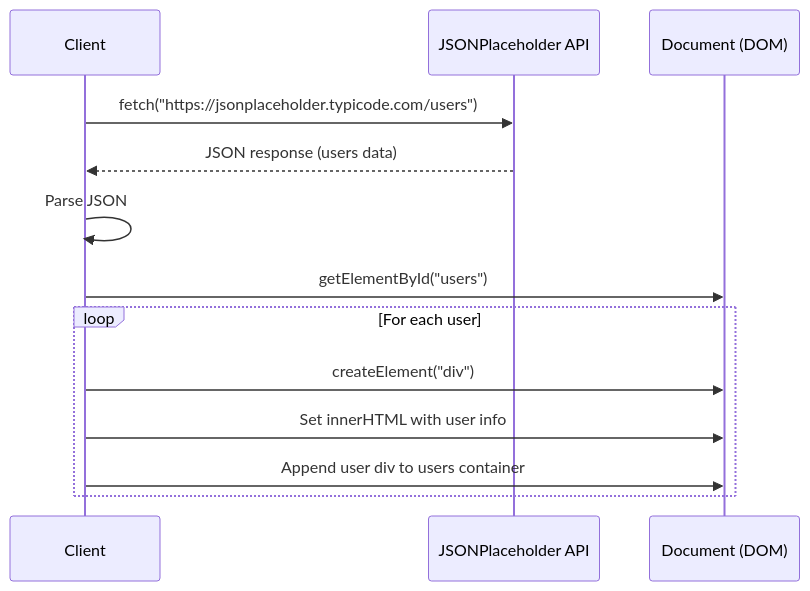
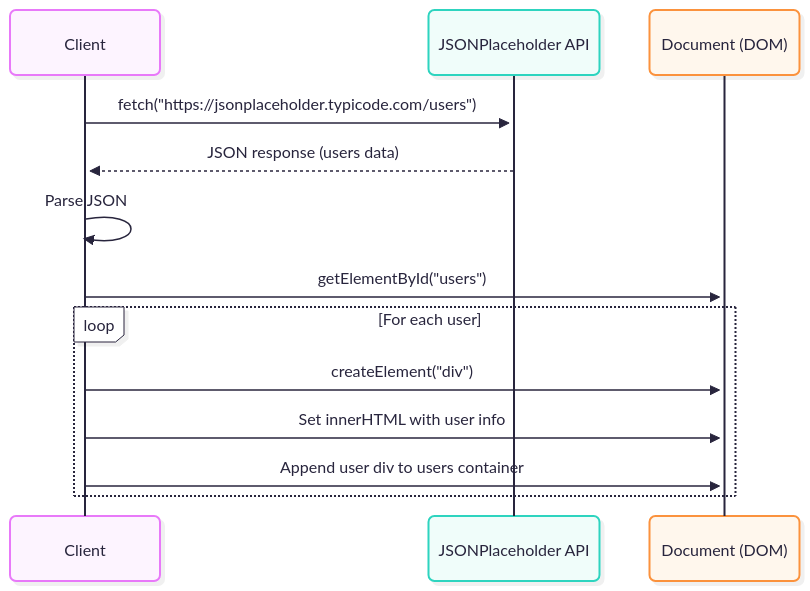
One commit to archtelligence/github-copilot-diagram changed the diagram in diagram/api-sequence.md. Above: the diagram before and after it, drawn with Mermaid. The commit also changed 9 other files, not shown here.

Commit message:
added microservice diagrams

````diff
--- a/diagram/api-sequence.md
+++ b/diagram/api-sequence.md
@@ -3,16 +3,21 @@
 ```mermaid
+---
+config:
+  theme: redux-color
+  look: neo
+---
 sequenceDiagram
     participant Client
     participant API as JSONPlaceholder API
     participant DOM as Document (DOM)
 
     Client->>API: fetch("https://jsonplaceholder.typicode.com/users")
     API-->>Client: JSON response (users data)
     Client->>Client: Parse JSON
     Client->>DOM: getElementById("users")
     loop For each user
         Client->>DOM: createElement("div")
         Client->>DOM: Set innerHTML with user info
         Client->>DOM: Append user div to users container
     end
 ```
````
